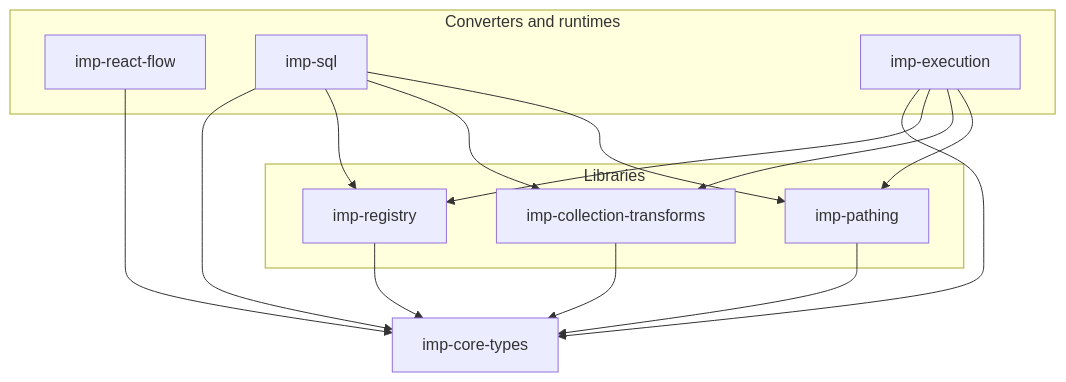
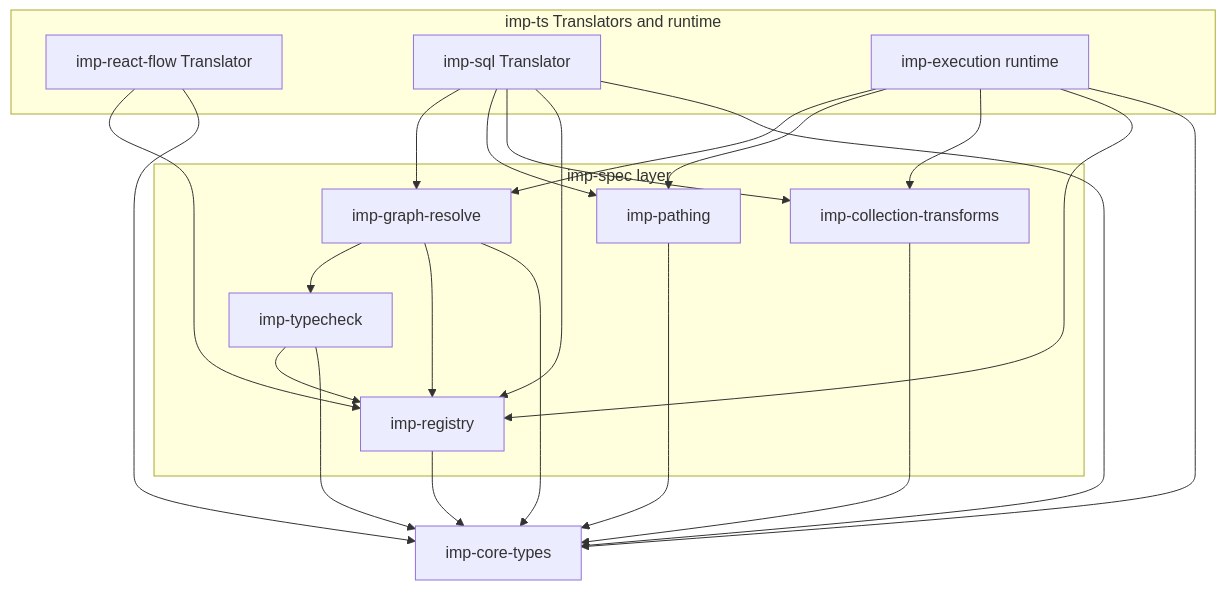
The diagram in docs/overview/architecture.md (silentorb/imp-spec), drawn with Mermaid before and after one commit. The commit also changed other lines of this file and 11 other files, not shown here.

Commit message:
Limit imp-spec to core graph infrastructure and operator catalogs; adopt Translator terminology and drop Translator/runtime specs.

````diff
--- a/docs/overview/architecture.md
+++ b/docs/overview/architecture.md
@@ -5,30 +5,40 @@
 ```mermaid
 flowchart TB
   SPEC[imp-core-types]
 
-  subgraph libraries [Libraries]
+  subgraph impSpec [imp-spec layer]
     REG[imp-registry]
+    TC[imp-typecheck]
+    GR[imp-graph-resolve]
     CT[imp-collection-transforms]
     PATH[imp-pathing]
   end
 
+  subgraph impTs [imp-ts Translators and runtime]
+    RF[imp-react-flow Translator]
+    SQL[imp-sql Translator]
+    EXEC[imp-execution runtime]
+  end
+
   REG --> SPEC
+  TC --> SPEC
+  TC --> REG
+  GR --> SPEC
+  GR --> REG
+  GR --> TC
   CT --> SPEC
   PATH --> SPEC
 
-  subgraph converters [Converters and runtimes]
-    RF[imp-react-flow]
-    SQL[imp-sql]
-    EXEC[imp-execution]
-  end
-
   RF --> SPEC
+  RF --> REG
   SQL --> SPEC
   SQL --> REG
   SQL --> CT
   SQL --> PATH
+  SQL --> GR
   EXEC --> SPEC
   EXEC --> REG
   EXEC --> CT
   EXEC --> PATH
+  EXEC --> GR
 ```
````
